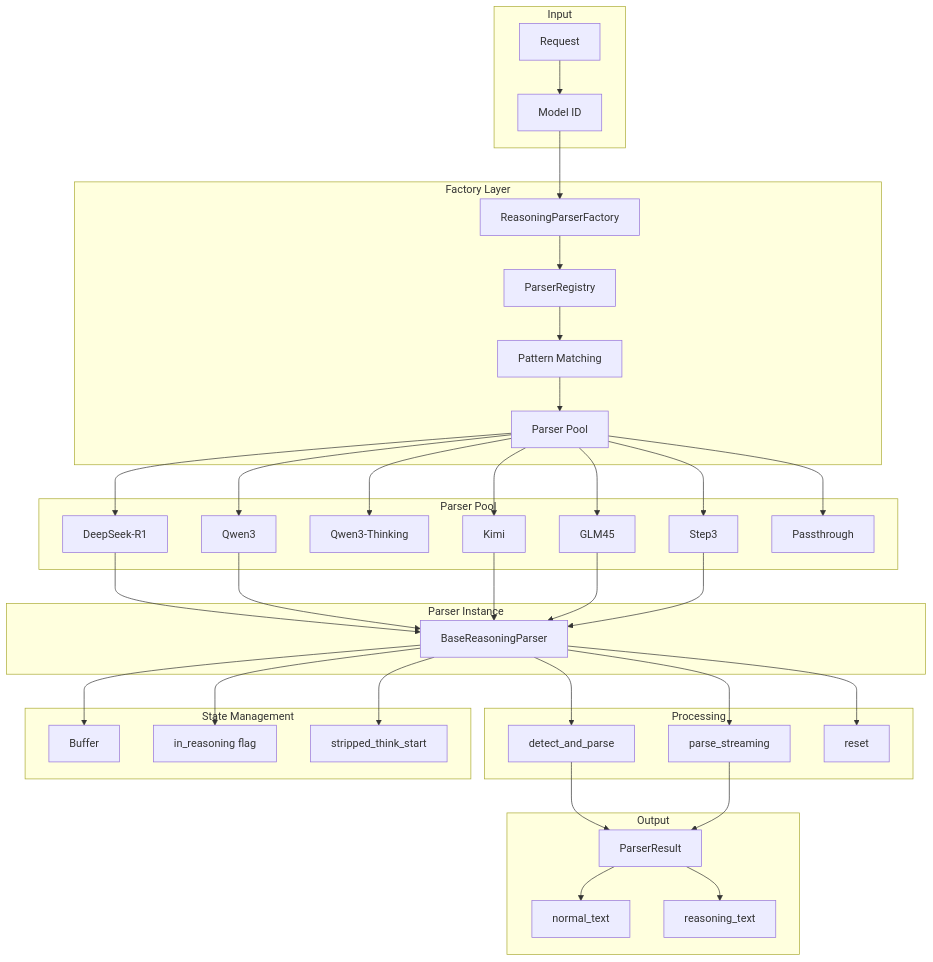
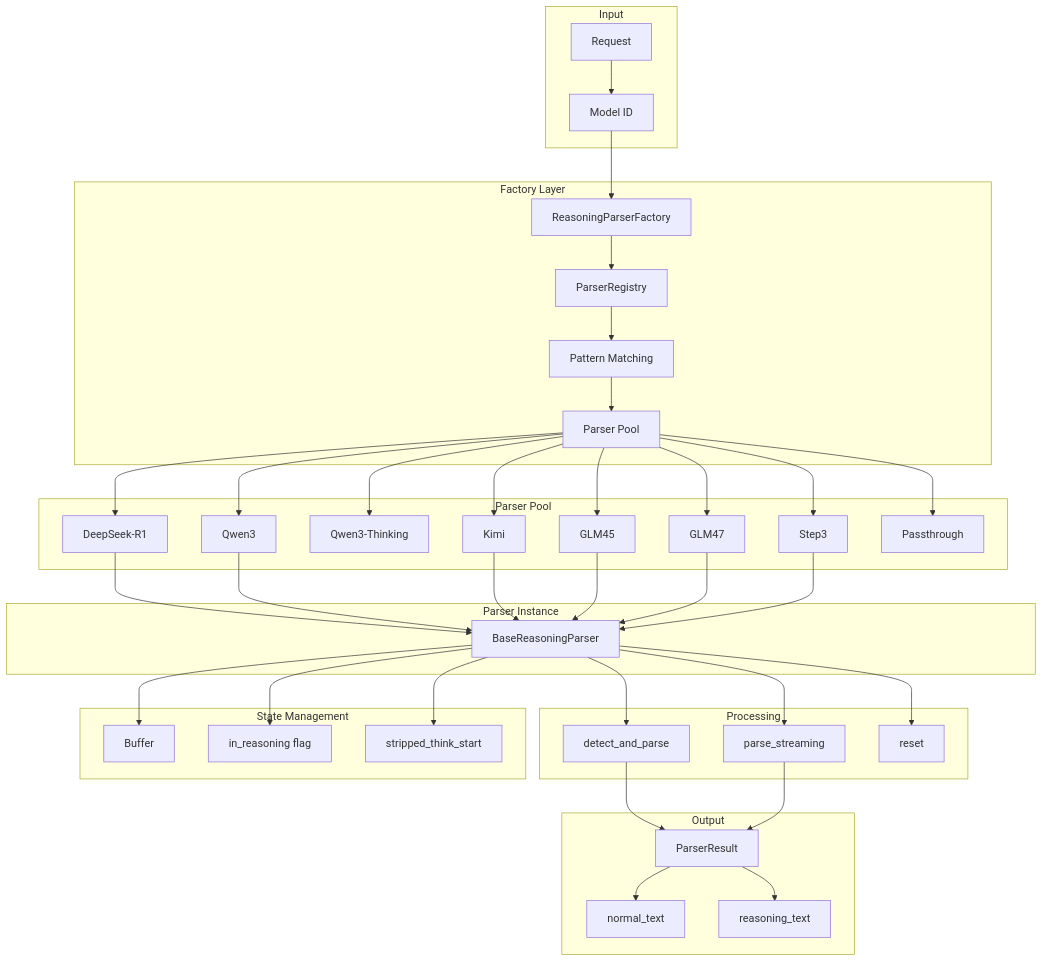
The first of 3 diagrams in sgl-model-gateway/src/reasoning_parser/README.md (sgl-project/sglang), drawn with Mermaid before and after one commit. The commit also changed other lines of this file and 3 other files, not shown here.

````diff
--- a/sgl-model-gateway/src/reasoning_parser/README.md
+++ b/sgl-model-gateway/src/reasoning_parser/README.md
@@ -40,50 +40,52 @@
 ```mermaid
 graph TB
     subgraph Input
         R[Request] --> MID[Model ID]
     end
 
     subgraph Factory Layer
         MID --> PF[ReasoningParserFactory]
         PF --> REG[ParserRegistry]
         REG --> PM[Pattern Matching]
         PM --> PP[Parser Pool]
     end
 
     subgraph Parser Pool
         PP --> DS[DeepSeek-R1]
         PP --> QW[Qwen3]
         PP --> QWT[Qwen3-Thinking]
         PP --> KM[Kimi]
         PP --> GL[GLM45]
+        PP --> GL47[GLM47]
         PP --> S3[Step3]
         PP --> PT[Passthrough]
     end
 
     subgraph Parser Instance
         DS --> BP[BaseReasoningParser]
         QW --> BP
         KM --> BP
         GL --> BP
+        GL47 --> BP
         S3 --> BP
     end
 
     subgraph Processing
         BP --> DAP[detect_and_parse]
         BP --> PSI[parse_streaming]
         BP --> RST[reset]
     end
 
     subgraph State Management
         BP --> BUF[Buffer]
         BP --> IR[in_reasoning flag]
         BP --> STS[stripped_think_start]
     end
 
     subgraph Output
         DAP --> PR[ParserResult]
         PSI --> PR
         PR --> NT[normal_text]
         PR --> RT[reasoning_text]
     end
 ```
````
